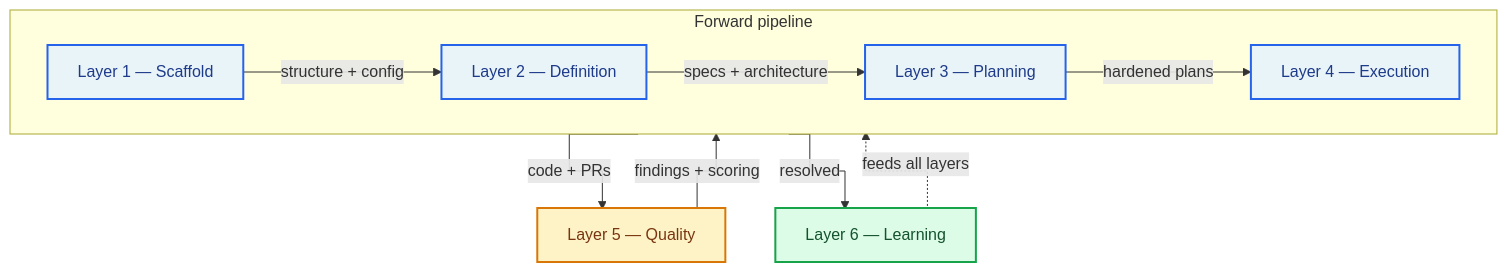
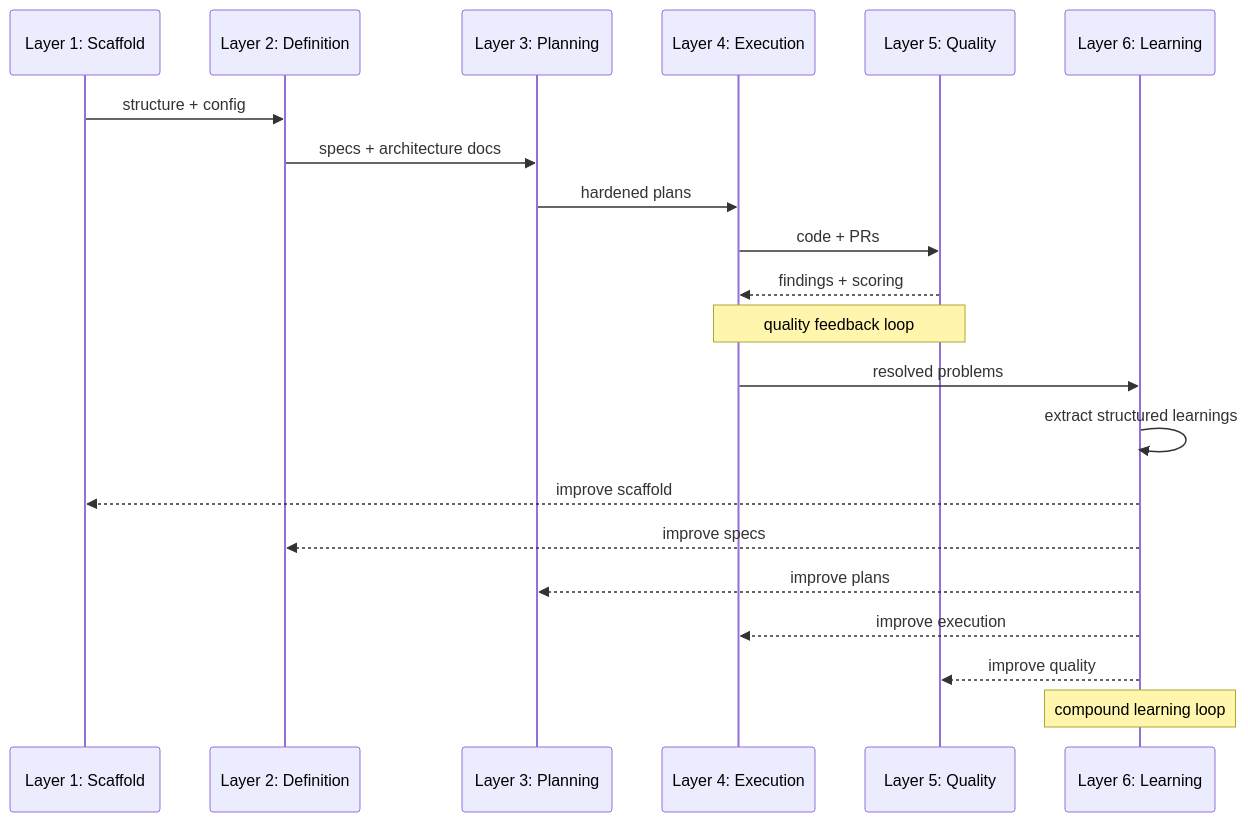
Before and after one commit to builtform/launchpad: the first of 2 diagrams in docs/guides/METHODOLOGY.md, drawn with Mermaid. The commit also changed other lines of this file and 350 other files, not shown here.

````diff
--- a/docs/guides/METHODOLOGY.md
+++ b/docs/guides/METHODOLOGY.md
@@ -34,22 +30,24 @@
 ```mermaid
-%%{init: {'flowchart': {'curve': 'stepAfter'}}}%%
-flowchart TD
-    subgraph pipe [" Forward pipeline "]
-        direction LR
-        L1["Layer 1 — Scaffold"] -->|"structure + config"| L2["Layer 2 — Definition"]
-        L2 -->|"specs + architecture"| L3["Layer 3 — Planning"]
-        L3 -->|"hardened plans"| L4["Layer 4 — Execution"]
-    end
+sequenceDiagram
+    participant L1 as Layer 1: Scaffold
+    participant L2 as Layer 2: Definition
+    participant L3 as Layer 3: Planning
+    participant L4 as Layer 4: Execution
+    participant L5 as Layer 5: Quality
+    participant L6 as Layer 6: Learning
 
-    L4 -->|"code + PRs"| L5["Layer 5 — Quality"]
-    L5 -->|"findings + scoring"| L4
-    L4 -->|"resolved"| L6["Layer 6 — Learning"]
-    L6 -.->|"feeds all layers"| pipe
-
-    classDef pipelineLayer fill:#e8f4f8,stroke:#2563eb,stroke-width:2px,color:#1e3a8a
-    classDef qualityLayer  fill:#fef3c7,stroke:#d97706,stroke-width:2px,color:#78350f
-    classDef compoundLayer fill:#dcfce7,stroke:#16a34a,stroke-width:2px,color:#14532d
-    class L1,L2,L3,L4 pipelineLayer
-    class L5 qualityLayer
-    class L6 compoundLayer
+    L1->>L2: structure + config
+    L2->>L3: specs + architecture docs
+    L3->>L4: hardened plans
+    L4->>L5: code + PRs
+    L5-->>L4: findings + scoring
+    Note over L4,L5: quality feedback loop
+    L4->>L6: resolved problems
+    L6->>L6: extract structured learnings
+    L6-->>L1: improve scaffold
+    L6-->>L2: improve specs
+    L6-->>L3: improve plans
+    L6-->>L4: improve execution
+    L6-->>L5: improve quality
+    Note over L6: compound learning loop
 ```
````
